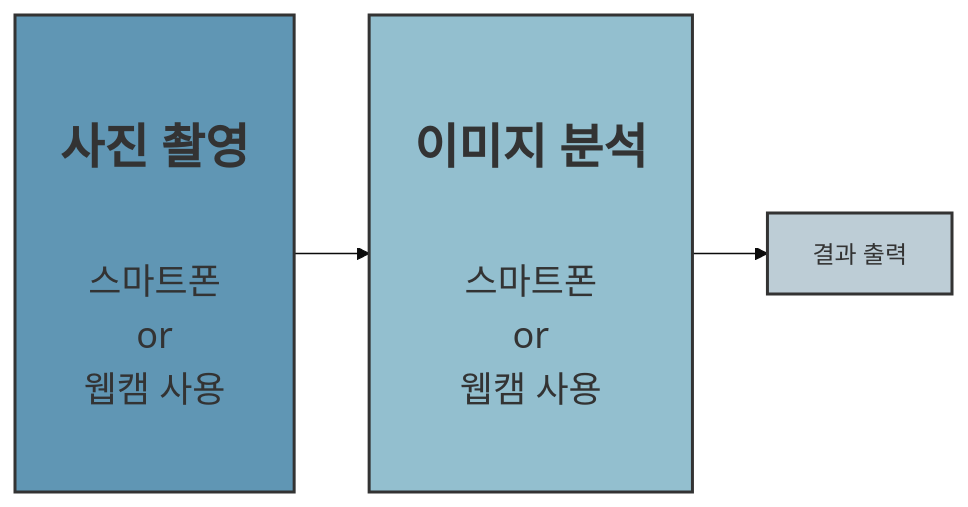
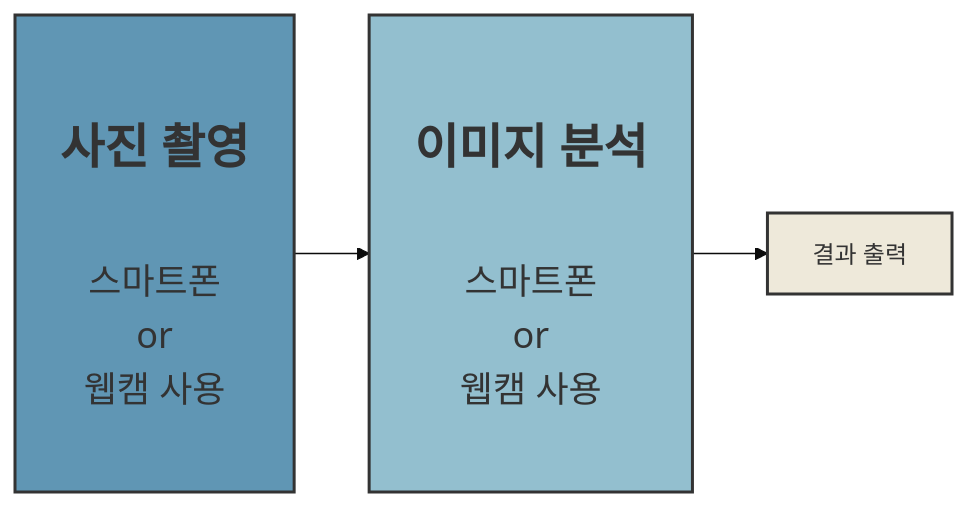
Before and after one commit to 201710808/-p: the diagram in Readme.md, drawn with Mermaid (base theme).

````diff
--- a/Readme.md
+++ b/Readme.md
@@ -3,10 +3,10 @@
 ```mermaid
 graph LR
 A[<br><br><b><span style='font-size:32px'>사진 촬영</span></b>\n\n\n<span style='font-size:24px'>스마트폰\nor\n웹캠 사용<br><br>] --> B[<br><br><b><span style='font-size:32px'>이미지 분석</span></b>\n\n\n<span style='font-size:24px'>스마트폰\nor\n웹캠 사용<br><br>]
 B --> C[결과 출력]
 
 style A fill:#6096B4,stroke:#333,stroke-width:2px
 style B fill:#93BFCF,stroke:#333,stroke-width:2px
-style C fill:#BDCDD6,stroke:#333,stroke-width:2px
+style C fill:#EEE9DA,stroke:#333,stroke-width:2px
 
 ```
````
